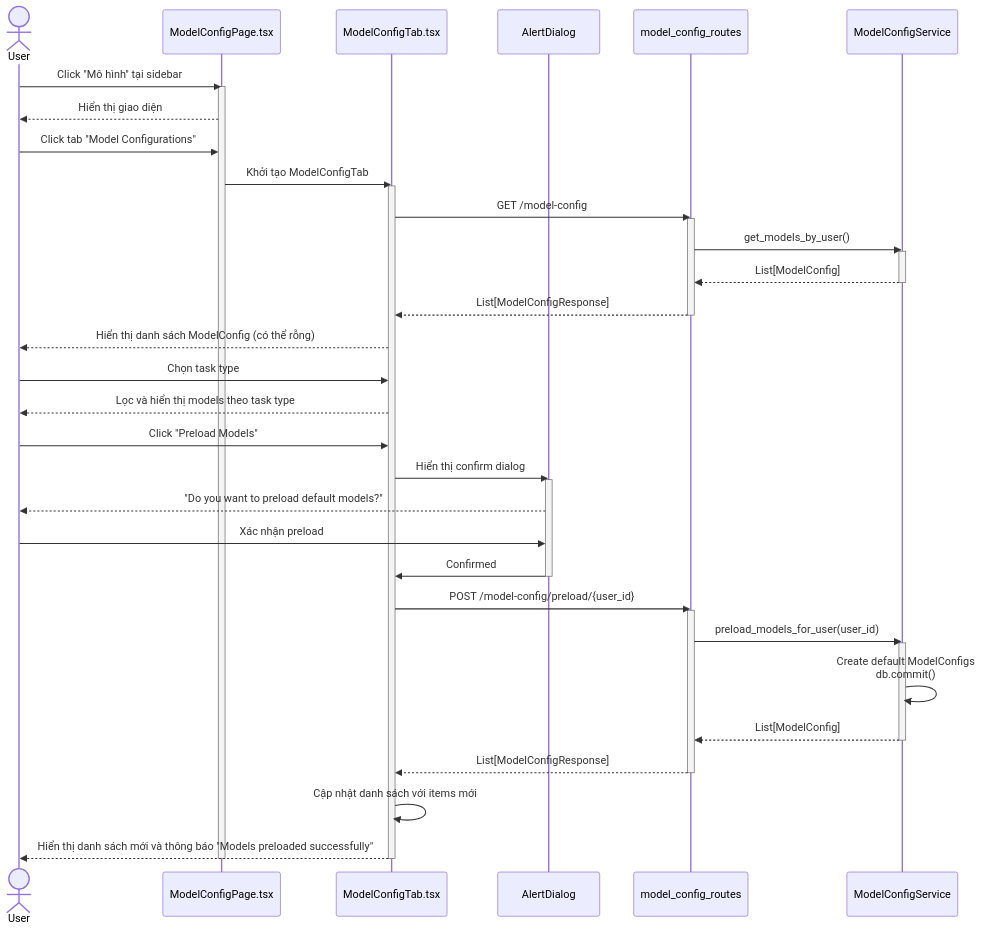
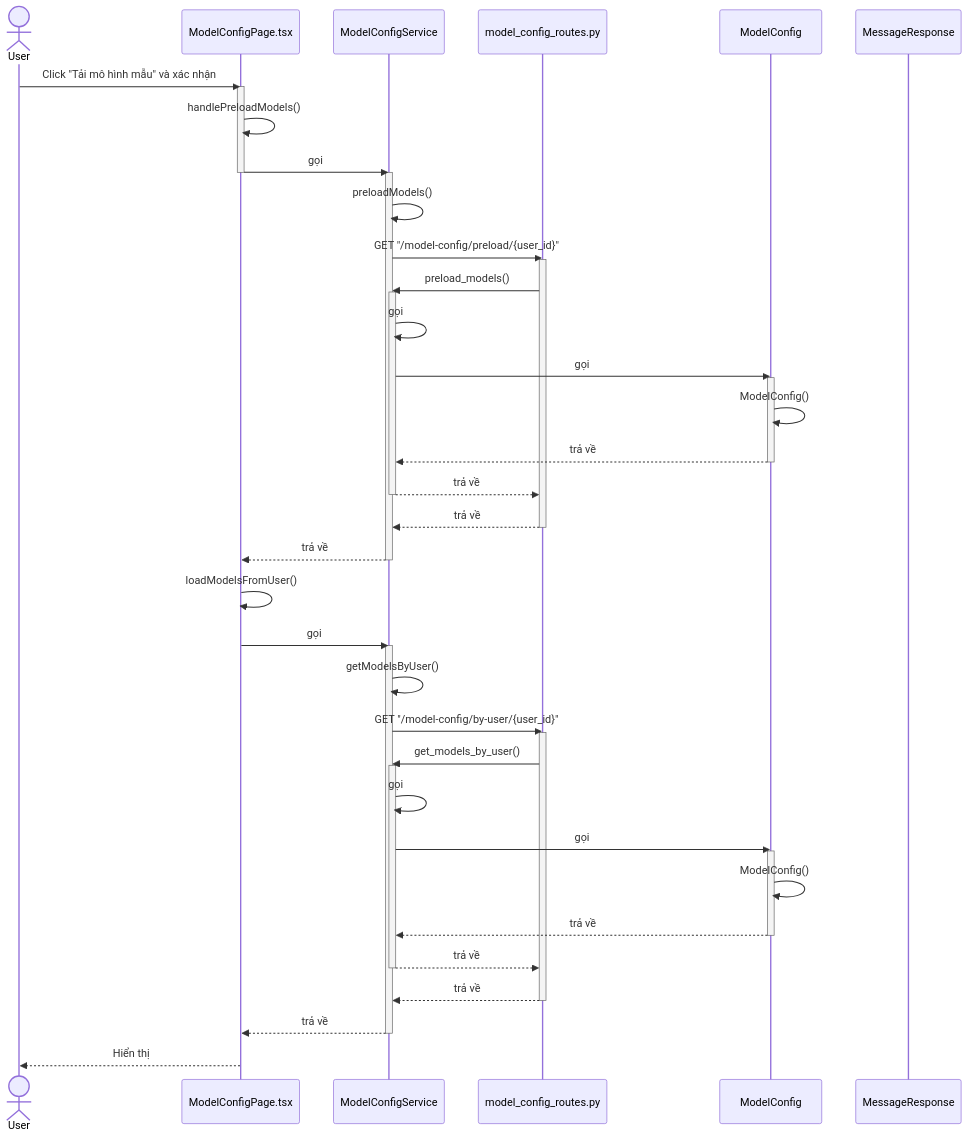
Before and after one commit to mduc-2610/gp_doc: the fifth of 9 diagrams in model_config/4_model_config_seq.md, drawn with Mermaid. The commit also changed other lines of this file and 34 other files, not shown here.

````diff
--- a/model_config/4_model_config_seq.md
+++ b/model_config/4_model_config_seq.md
@@ -328,58 +285,72 @@
 ```mermaid
 sequenceDiagram
     actor User
     participant ModelConfigPage as ModelConfigPage.tsx
-    participant ModelConfigTab as ModelConfigTab.tsx
-    participant ConfirmDialog as AlertDialog
-    participant ModelConfigRoutes as model_config_routes
     participant ModelConfigService as ModelConfigService
+    participant ModelConfigRoutes as model_config_routes.py
+    participant ModelConfigService as ModelConfigService
+    participant ModelConfig as ModelConfig
+    participant MessageResponse as MessageResponse
 
-    User->>ModelConfigPage: Click "Mô hình" tại sidebar
+    User->>ModelConfigPage: Click "Tải mô hình mẫu" và xác nhận
     activate ModelConfigPage
-    ModelConfigPage-->>User: Hiển thị giao diện
     
-    User->>ModelConfigPage: Click tab "Model Configurations"
-    ModelConfigPage->>ModelConfigTab: Khởi tạo ModelConfigTab
-    activate ModelConfigTab
+    ModelConfigPage->>ModelConfigPage: handlePreloadModels()
+    ModelConfigPage->>ModelConfigService: gọi
+    deactivate ModelConfigPage
+    activate ModelConfigService
     
-    ModelConfigTab->>ModelConfigRoutes: GET /model-config
+    ModelConfigService->>ModelConfigService: preloadModels()
+    ModelConfigService->>ModelConfigRoutes: GET "/model-config/preload/{user_id}"
     activate ModelConfigRoutes
+    
+    ModelConfigRoutes->>ModelConfigService: preload_models()
+    activate ModelConfigService
+    
+    ModelConfigService->>ModelConfigService: gọi
+    ModelConfigService->>ModelConfig: gọi
+    activate ModelConfig
+    
+    ModelConfig->>ModelConfig: ModelConfig()
+    ModelConfig-->>ModelConfigService: trả về
+    deactivate ModelConfig
+    
+    ModelConfigService-->>ModelConfigRoutes: trả về
+    deactivate ModelConfigService
+    
+    ModelConfigRoutes-->>ModelConfigService: trả về
+    deactivate ModelConfigRoutes
+    
+    ModelConfigService-->>ModelConfigPage: trả về
+    deactivate ModelConfigService
+    
+    ModelConfigPage->>ModelConfigPage: loadModelsFromUser()
+    ModelConfigPage->>ModelConfigService: gọi
+    activate ModelConfigService
+    
+    ModelConfigService->>ModelConfigService: getModelsByUser()
+    ModelConfigService->>ModelConfigRoutes: GET "/model-config/by-user/{user_id}"
+    activate ModelConfigRoutes
+    
     ModelConfigRoutes->>ModelConfigService: get_models_by_user()
     activate ModelConfigService
-    ModelConfigService-->>ModelConfigRoutes: List[ModelConfig]
+    
+    ModelConfigService->>ModelConfigService: gọi
+    ModelConfigService->>ModelConfig: gọi
+    activate ModelConfig
+    
+    ModelConfig->>ModelConfig: ModelConfig()
+    ModelConfig-->>ModelConfigService: trả về
+    deactivate ModelConfig
+    
+    ModelConfigService-->>ModelConfigRoutes: trả về
     deactivate ModelConfigService
-    ModelConfigRoutes-->>ModelConfigTab: List[ModelConfigResponse]
+    
+    ModelConfigRoutes-->>ModelConfigService: trả về
     deactivate ModelConfigRoutes
     
-    ModelConfigTab-->>User: Hiển thị danh sách ModelConfig (có thể rỗng)
+    ModelConfigService-->>ModelConfigPage: trả về
+    deactivate ModelConfigService
     
-    User->>ModelConfigTab: Chọn task type
-    ModelConfigTab-->>User: Lọc và hiển thị models theo task type
-    
-    User->>ModelConfigTab: Click "Preload Models"
-    ModelConfigTab->>ConfirmDialog: Hiển thị confirm dialog
-    activate ConfirmDialog
-    ConfirmDialog-->>User: "Do you want to preload default models?"
-    
-    User->>ConfirmDialog: Xác nhận preload
-    ConfirmDialog->>ModelConfigTab: Confirmed
-    deactivate ConfirmDialog
-    
-    ModelConfigTab->>ModelConfigRoutes: POST /model-config/preload/{user_id}
-    activate ModelConfigRoutes
-    ModelConfigRoutes->>ModelConfigService: preload_models_for_user(user_id)
-    activate ModelConfigService
-    
-    ModelConfigService->>ModelConfigService: Create default ModelConfigs<br/>db.commit()
-    
-    ModelConfigService-->>ModelConfigRoutes: List[ModelConfig]
-    deactivate ModelConfigService
-    ModelConfigRoutes-->>ModelConfigTab: List[ModelConfigResponse]
-    deactivate ModelConfigRoutes
-    
-    ModelConfigTab->>ModelConfigTab: Cập nhật danh sách với items mới
-    ModelConfigTab-->>User: Hiển thị danh sách mới và thông báo "Models preloaded successfully"
-    
-    deactivate ModelConfigTab
-    deactivate ModelConfigPage
+    ModelConfigPage-->>User: Hiển thị
 ```
````
